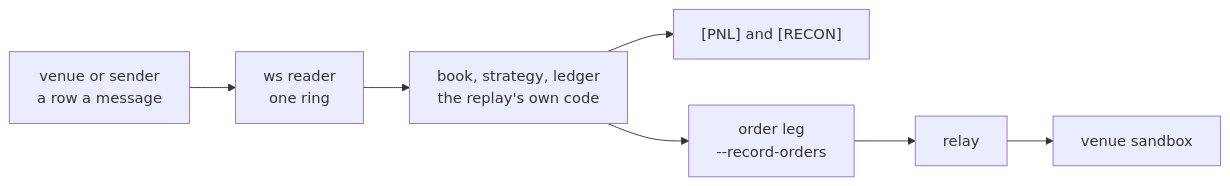
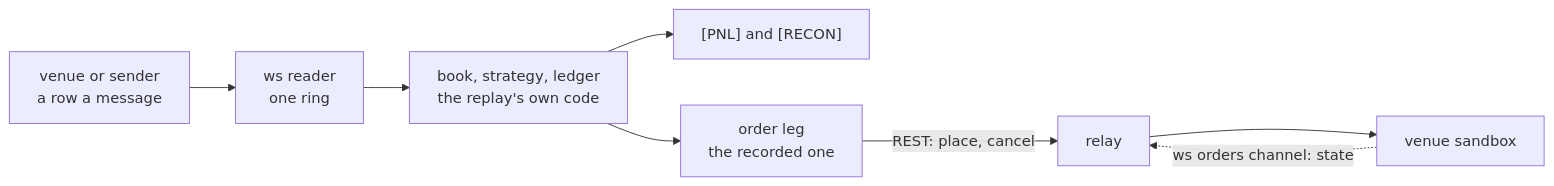
The diagram in docs/using/04-live-and-carry.md (12mango/ToyQuant), drawn with Mermaid before and after one commit. The commit also changed other lines of this file and 7 other files, not shown here.

````diff
--- a/docs/using/04-live-and-carry.md
+++ b/docs/using/04-live-and-carry.md
@@ -8,7 +13,10 @@
 ```mermaid
 flowchart LR
     V["venue or sender<br/>a row a message"] --> W["ws reader<br/>one ring"]
     W --> E["book, strategy, ledger<br/>the replay's own code"]
     E --> L["[PNL] and [RECON]"]
-    E --> O["order leg<br/>--record-orders"] --> R["relay"] --> X["venue sandbox"]
+    E --> O["order leg<br/>the recorded one"]
+    O -->|"REST: place, cancel"| R["relay"]
+    R --> X["venue sandbox"]
+    X -.->|"ws orders channel: state"| R
 ```
````
